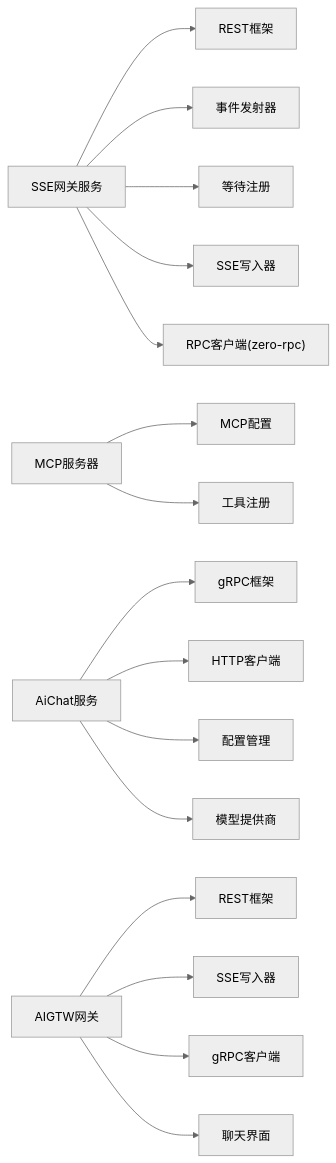
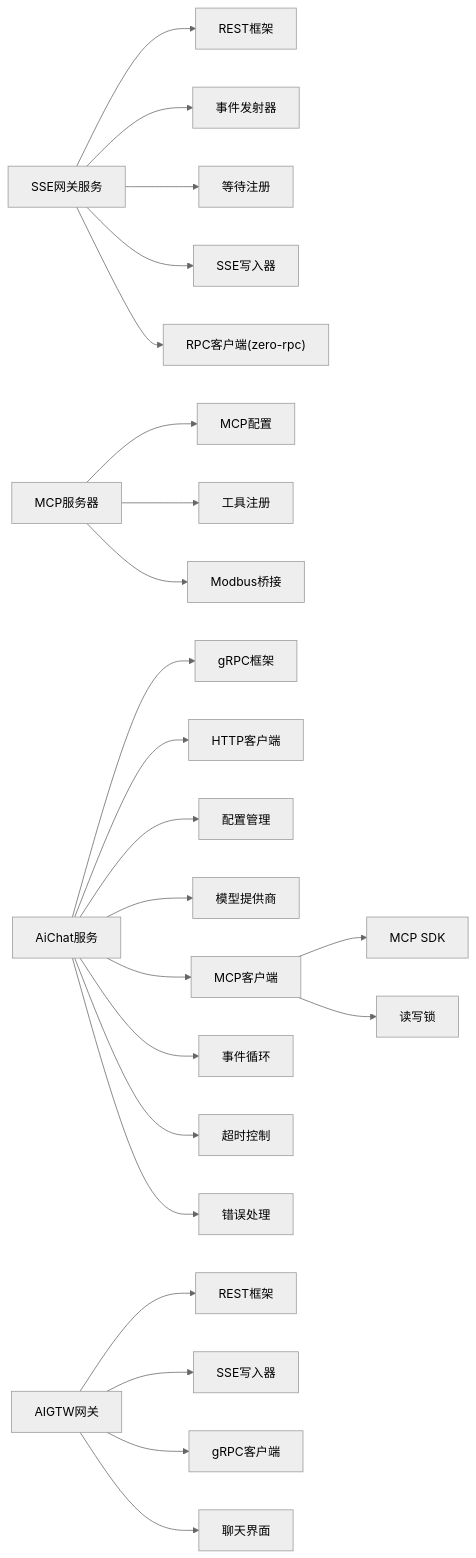
The eighth of 8 diagrams in .qoder/repowiki/zh/content/AI应用模块/AI应用模块.md (maomao94/zero-service), drawn with Mermaid (neutral theme) before and after one commit. The commit also changed other lines of this file and 8 other files, not shown here.

````diff
--- a/.qoder/repowiki/zh/content/AI应用模块/AI应用模块.md
+++ b/.qoder/repowiki/zh/content/AI应用模块/AI应用模块.md
@@ -453,18 +610,25 @@
 ```mermaid
 graph LR
 SSE["SSE网关服务"] --> REST["REST框架"]
 SSE --> EVT["事件发射器"]
 SSE --> REG["等待注册"]
 SSE --> WR["SSE写入器"]
 SSE --> RPC["RPC客户端(zero-rpc)"]
 MCP["MCP服务器"] --> MCPCFG["MCP配置"]
 MCP --> TOOL["工具注册"]
+MCP --> BRIDGE["Modbus桥接"]
 AICHAT["AiChat服务"] --> GRPC["gRPC框架"]
 AICHAT --> HTTPC["HTTP客户端"]
 AICHAT --> CFG["配置管理"]
 AICHAT --> PROV["模型提供商"]
+AICHAT --> MCPCLI["MCP客户端"]
+MCPCLI --> MCPSDK["MCP SDK"]
+MCPCLI --> LOCK["读写锁"]
+AICHAT --> LOOP["事件循环"]
+AICHAT --> TIMEOUT["超时控制"]
+AICHAT --> ERR["错误处理"]
 AIGTW["AIGTW网关"] --> REST2["REST框架"]
 AIGTW --> SSEX["SSE写入器"]
 AIGTW --> GRPCCLI["gRPC客户端"]
 AIGTW --> HTML["聊天界面"]
 ```
````
